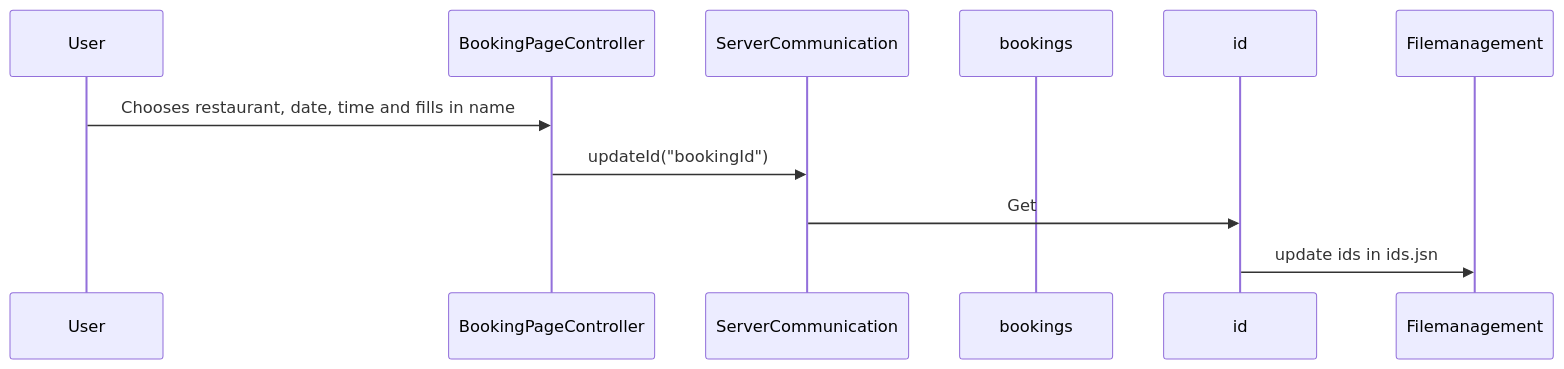
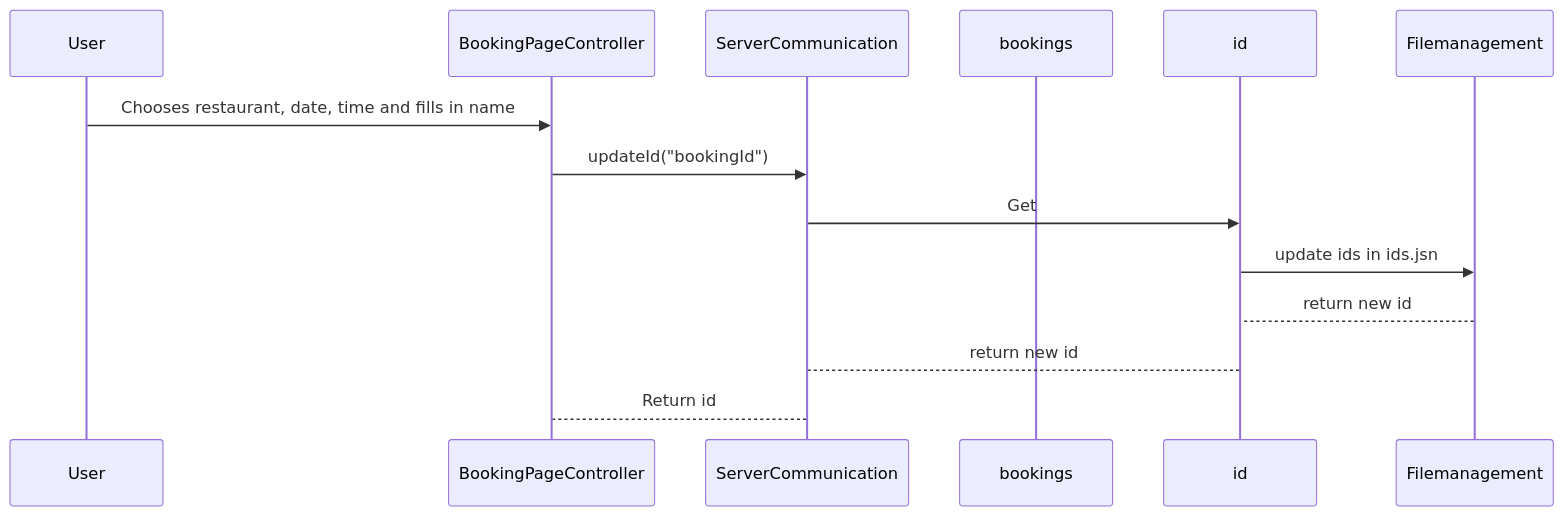
Before and after one commit to marsun02/IT1901_Booking_Manager: the diagram in Sequence-diagram.md, drawn with Mermaid.

Commit message:
docs: :memo: Finished part from user fills in booking to id is returned to controller #197

````diff
--- a/Sequence-diagram.md
+++ b/Sequence-diagram.md
@@ -1,16 +1,20 @@
 ```mermaid 
 
 sequenceDiagram
     participant User
     participant BookingPageController
     participant ServerCommunication
     participant bookings
     participant id
     participant Filemanagement
 
     User->>BookingPageController: Chooses restaurant, date, time and fills in name
     BookingPageController->>ServerCommunication: updateId("bookingId")
     ServerCommunication->>id:Get
     id->>Filemanagement: update ids in ids.jsn
+    Filemanagement-->id: return new id
+    id-->ServerCommunication: return new id
+    ServerCommunication-->BookingPageController: Return id
+    
     
 ```
````
